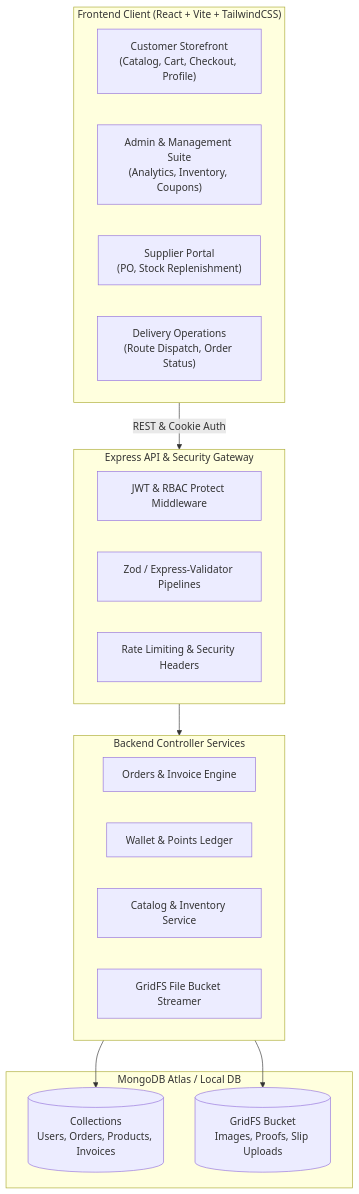
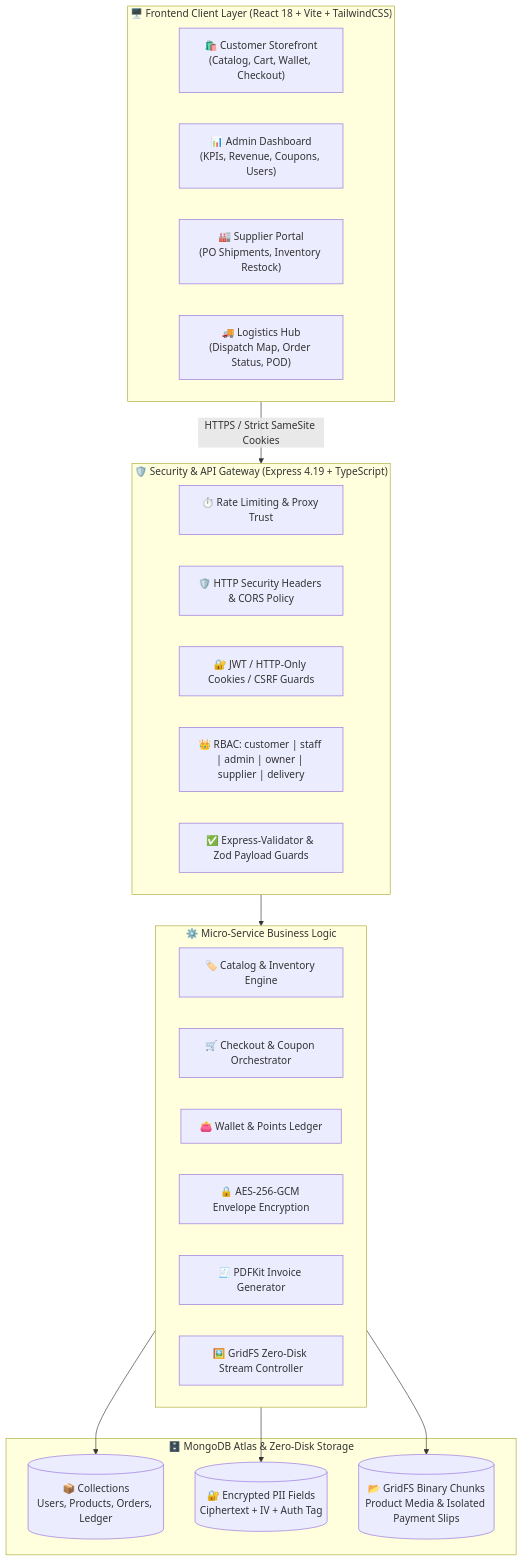
Before and after one commit to Sasindu003/Larvo: the first of 3 diagrams in README.md, drawn with Mermaid. The commit also changed other lines of this file and 12 other files, not shown here.

First line of the commit message:
feat(security): implement role-based field access control and PII read auditing

````diff
--- a/README.md
+++ b/README.md
@@ -58,32 +64,38 @@
 ```mermaid
-graph TD
-    subgraph Client["Frontend Client (React + Vite + TailwindCSS)"]
-        UI_Store["Customer Storefront\n(Catalog, Cart, Checkout, Profile)"]
-        UI_Admin["Admin & Management Suite\n(Analytics, Inventory, Coupons)"]
-        UI_Supplier["Supplier Portal\n(PO, Stock Replenishment)"]
-        UI_Delivery["Delivery Operations\n(Route Dispatch, Order Status)"]
+graph TB
+    subgraph ClientLayer["🖥️ Frontend Client Layer (React 18 + Vite + TailwindCSS)"]
+        UI_Storefront["🛍️ Customer Storefront\n(Catalog, Cart, Wallet, Checkout)"]
+        UI_Admin["📊 Admin Dashboard\n(KPIs, Revenue, Coupons, Users)"]
+        UI_Supplier["🏭 Supplier Portal\n(PO Shipments, Inventory Restock)"]
+        UI_Delivery["🚚 Logistics Hub\n(Dispatch Map, Order Status, POD)"]
     end
 
-    subgraph API_Gateway["Express API & Security Gateway"]
-        Auth_MW["JWT & RBAC Protect Middleware"]
-        Val_MW["Zod / Express-Validator Pipelines"]
-        Rate_MW["Rate Limiting & Security Headers"]
+    subgraph SecurityGateway["🛡️ Security & API Gateway (Express 4.19 + TypeScript)"]
+        MW_RateLimit["⏱️ Rate Limiting & Proxy Trust"]
+        MW_Helmet["🛡️ HTTP Security Headers & CORS Policy"]
+        MW_Auth["🔐 JWT / HTTP-Only Cookies / CSRF Guards"]
+        MW_RBAC["👑 RBAC: customer | staff | admin | owner | supplier | delivery"]
+        MW_Validate["✅ Express-Validator & Zod Payload Guards"]
     end
 
-    subgraph Backend_Services["Backend Controller Services"]
-        SVC_Orders["Orders & Invoice Engine"]
-        SVC_Wallet["Wallet & Points Ledger"]
-        SVC_Catalog["Catalog & Inventory Service"]
-        SVC_Upload["GridFS File Bucket Streamer"]
+    subgraph DomainServices["⚙️ Micro-Service Business Logic"]
+        SVC_Catalog["🏷️ Catalog & Inventory Engine"]
+        SVC_Checkout["🛒 Checkout & Coupon Orchestrator"]
+        SVC_Wallet["👛 Wallet & Points Ledger"]
+        SVC_Crypto["🔒 AES-256-GCM Envelope Encryption"]
+        SVC_Invoice["🧾 PDFKit Invoice Generator"]
+        SVC_GridFS["🖼️ GridFS Zero-Disk Stream Controller"]
     end
 
-    subgraph Database["MongoDB Atlas / Local DB"]
-        MDB_Collections[("Collections\nUsers, Orders, Products, Invoices")]
-        MDB_GridFS[("GridFS Bucket\nImages, Proofs, Slip Uploads")]
+    subgraph StorageLayer["🗄️ MongoDB Atlas & Zero-Disk Storage"]
+        DB_Core[("📦 Collections\nUsers, Products, Orders, Ledger")]
+        DB_Crypto[("🔐 Encrypted PII Fields\nCiphertext + IV + Auth Tag")]
+        DB_GridFS[("📂 GridFS Binary Chunks\nProduct Media & Isolated Payment Slips")]
     end
 
-    Client -->|REST & Cookie Auth| API_Gateway
-    API_Gateway --> Backend_Services
-    Backend_Services --> MDB_Collections
-    Backend_Services --> MDB_GridFS
+    ClientLayer -->|HTTPS / Strict SameSite Cookies| SecurityGateway
+    SecurityGateway --> DomainServices
+    DomainServices --> DB_Core
+    DomainServices --> DB_Crypto
+    DomainServices --> DB_GridFS
 ```
````
